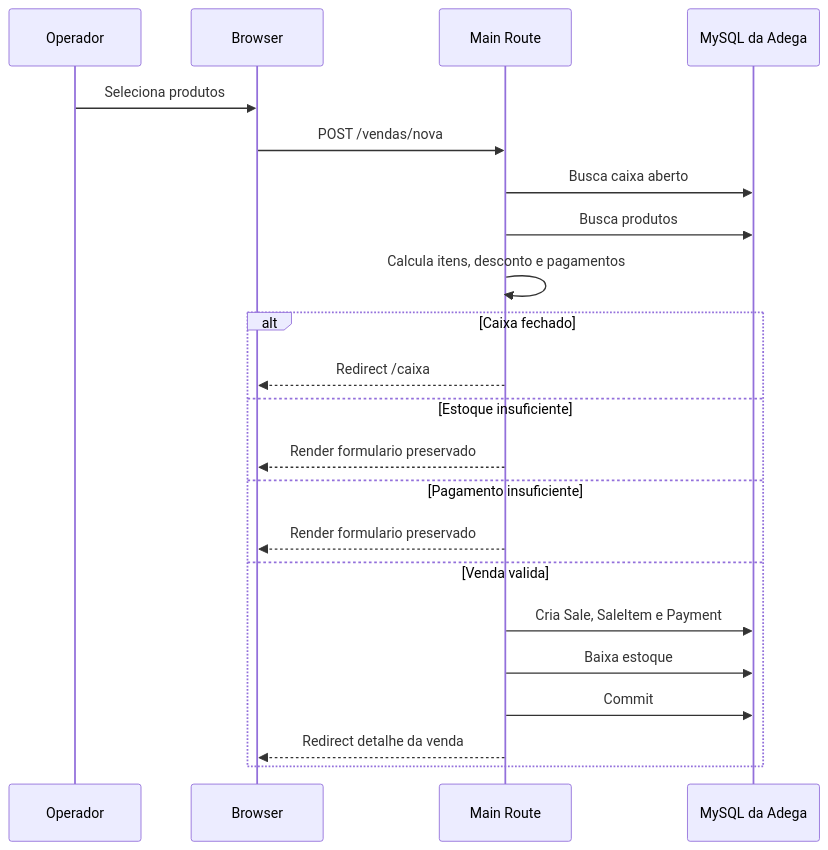
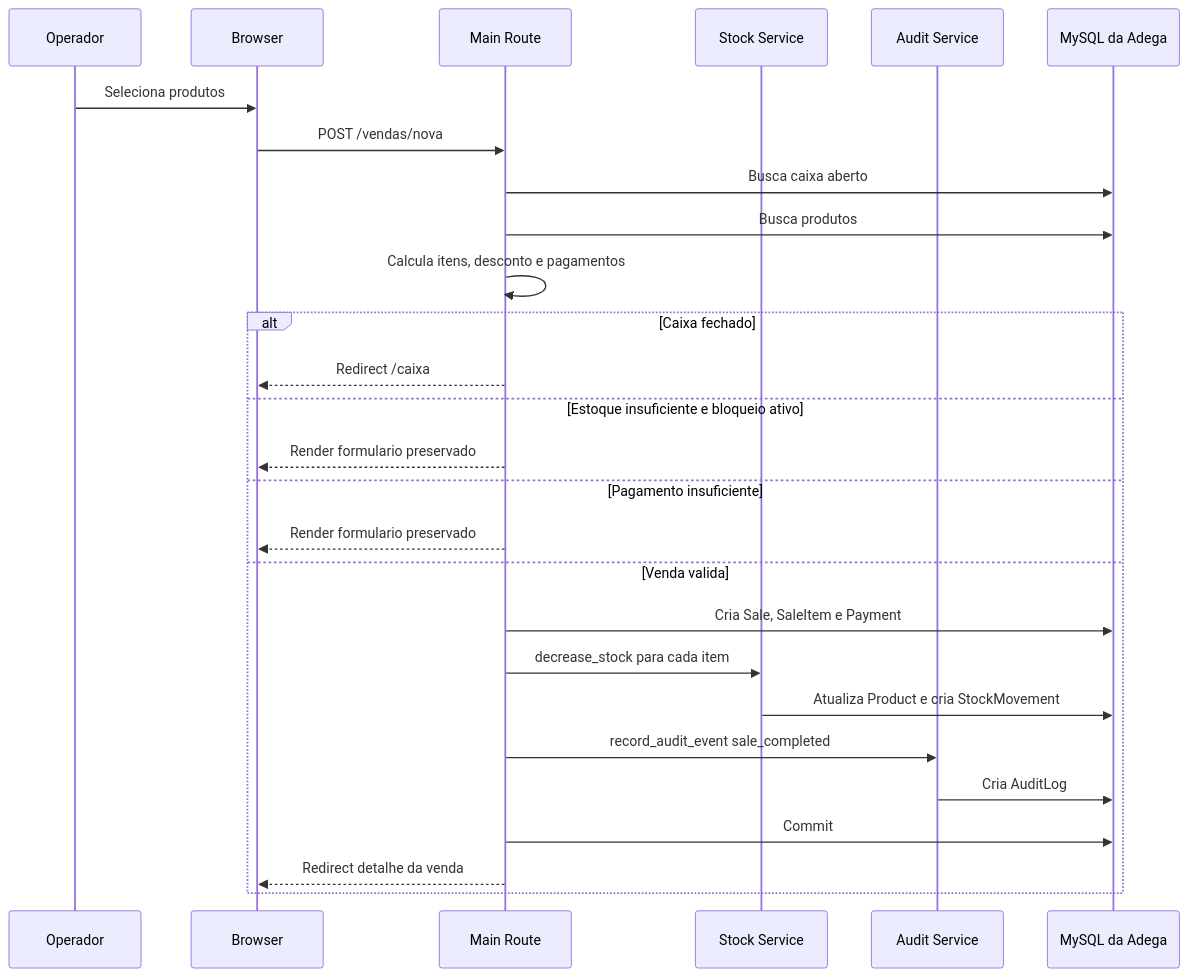
Before and after one commit to RafaelBG7/pdv2026: the third of 7 diagrams in docs/20-diagrama-sequencia.md, drawn with Mermaid. The commit also changed other lines of this file and 64 other files, not shown here.

````diff
--- a/docs/20-diagrama-sequencia.md
+++ b/docs/20-diagrama-sequencia.md
@@ -49,24 +49,29 @@
 ```mermaid
 sequenceDiagram
     participant U as Operador
     participant B as Browser
     participant R as Main Route
+    participant S as Stock Service
+    participant AU as Audit Service
     participant D as MySQL da Adega
     U->>B: Seleciona produtos
     B->>R: POST /vendas/nova
     R->>D: Busca caixa aberto
     R->>D: Busca produtos
     R->>R: Calcula itens, desconto e pagamentos
     alt Caixa fechado
         R-->>B: Redirect /caixa
-    else Estoque insuficiente
+    else Estoque insuficiente e bloqueio ativo
         R-->>B: Render formulario preservado
     else Pagamento insuficiente
         R-->>B: Render formulario preservado
     else Venda valida
         R->>D: Cria Sale, SaleItem e Payment
-        R->>D: Baixa estoque
+        R->>S: decrease_stock para cada item
+        S->>D: Atualiza Product e cria StockMovement
+        R->>AU: record_audit_event sale_completed
+        AU->>D: Cria AuditLog
         R->>D: Commit
         R-->>B: Redirect detalhe da venda
     end
 ```
````
